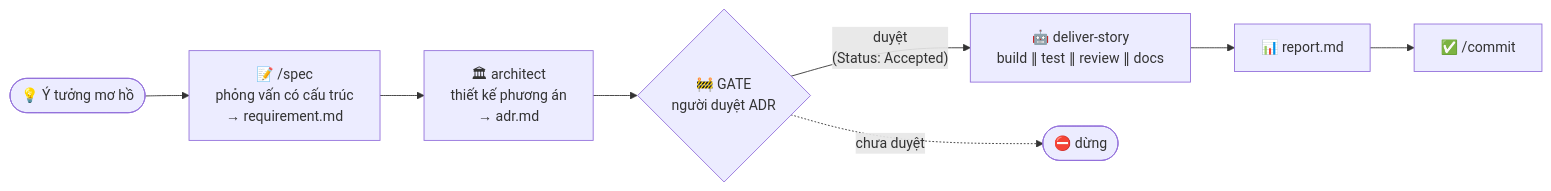
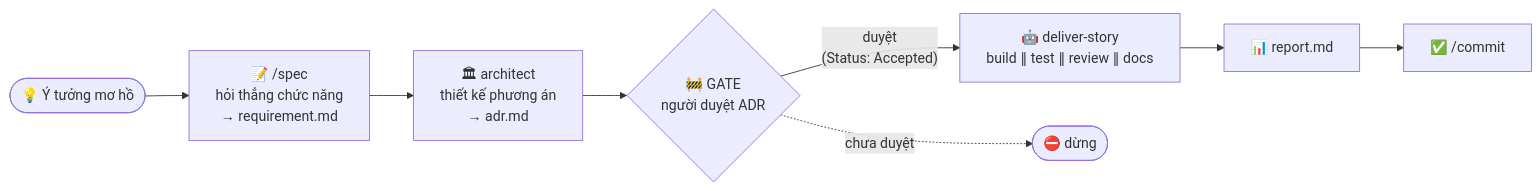
Before and after one commit to minhhv08/msdlc: the first of 2 diagrams in README.md, drawn with Mermaid. The commit also changed other lines of this file and 6 other files, not shown here.

Commit message:
(feat): spec hỏi trực tiếp bằng AskUserQuestion, tập trung chức năng (tối đa 5 lượt); bump 0.9.0

````diff
--- a/README.md
+++ b/README.md
@@ -5,9 +5,9 @@
 ```mermaid
 flowchart LR
-    idea(["💡 Ý tưởng mơ hồ"]) --> spec["📝 /spec<br/>phỏng vấn có cấu trúc<br/>→ requirement.md"]
+    idea(["💡 Ý tưởng mơ hồ"]) --> spec["📝 /spec<br/>hỏi thẳng chức năng<br/>→ requirement.md"]
     spec --> arch["🏛 architect<br/>thiết kế phương án<br/>→ adr.md"]
     arch --> gate{"🚧 GATE<br/>người duyệt ADR"}
     gate -->|"duyệt<br/>(Status: Accepted)"| auto["🤖 deliver-story<br/>build ∥ test ∥ review ∥ docs"]
     gate -.->|"chưa duyệt"| stop(["⛔ dừng"])
     auto --> rep["📊 report.md"] --> commit["✅ /commit"]
 ```
````
